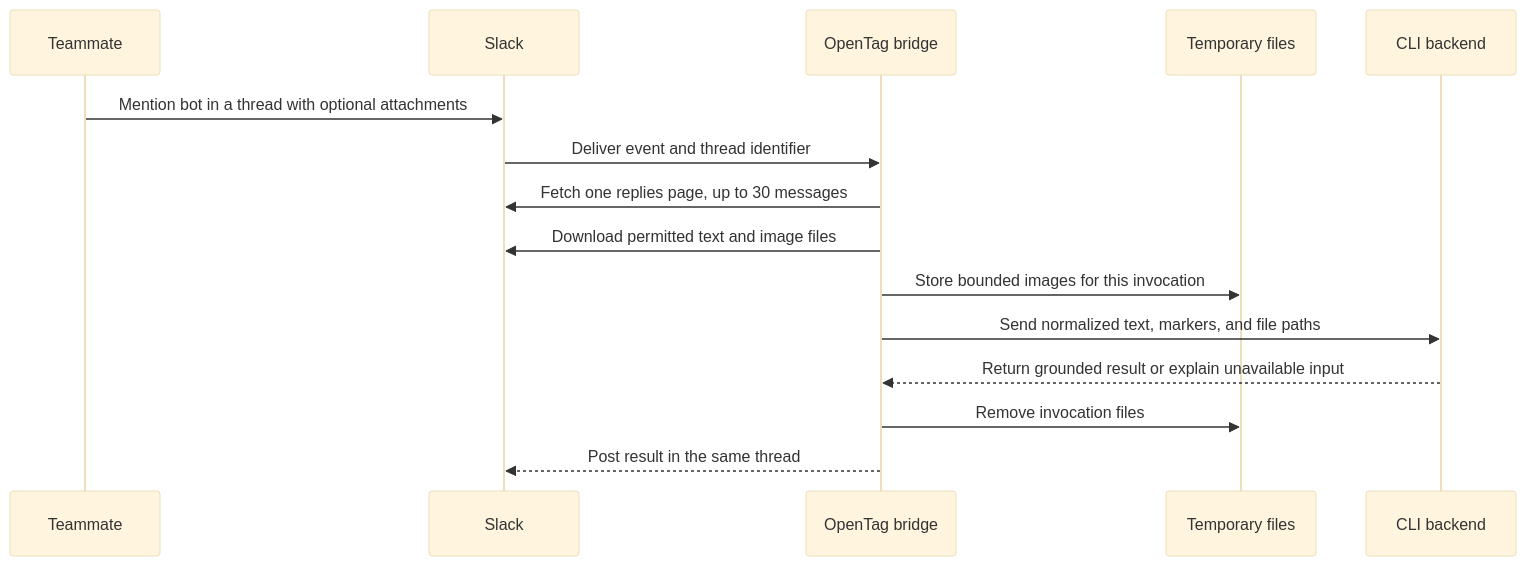
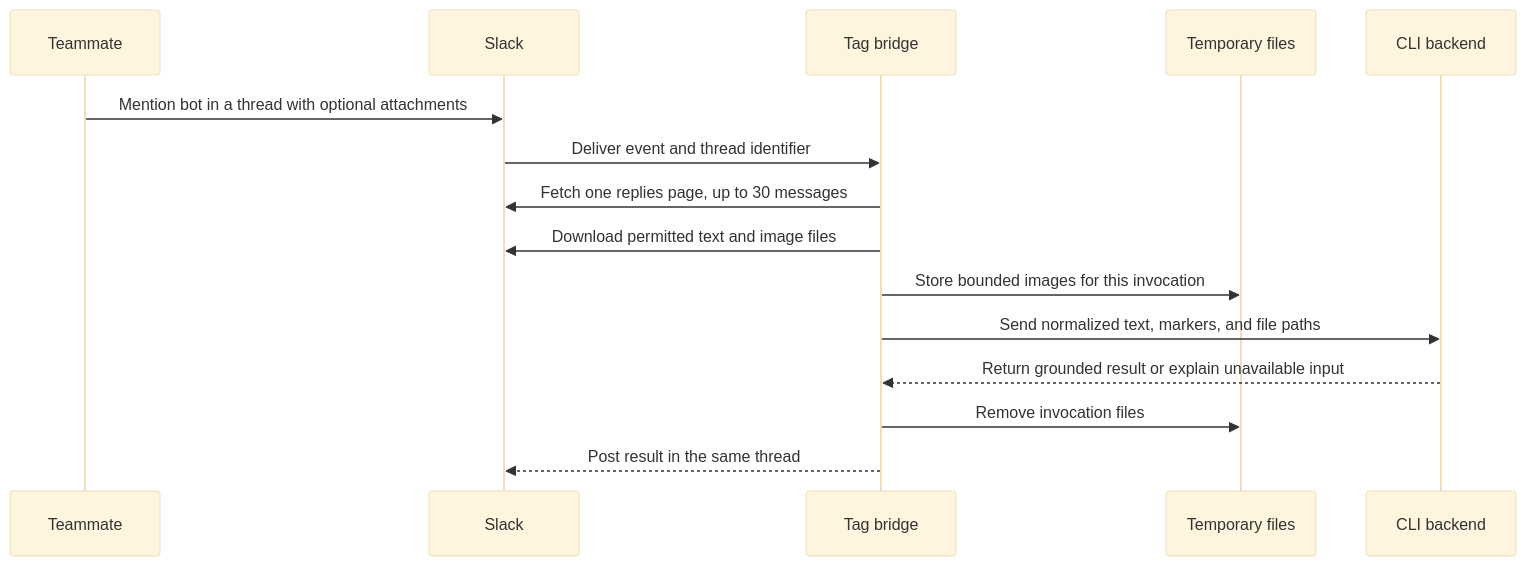
Before and after one commit to klovr-co/hover-tag: the eighth of 19 diagrams in docs/user-flows.md, drawn with Mermaid (base theme). The commit also changed other lines of this file and 23 other files, not shown here.

````diff
--- a/docs/user-flows.md
+++ b/docs/user-flows.md
@@ -294,18 +294,18 @@
 ```mermaid
 sequenceDiagram
     participant U as Teammate
     participant S as Slack
-    participant T as OpenTag bridge
+    participant T as Tag bridge
     participant F as Temporary files
     participant B as CLI backend
 
     U->>S: Mention bot in a thread with optional attachments
     S->>T: Deliver event and thread identifier
     T->>S: Fetch one replies page, up to 30 messages
     T->>S: Download permitted text and image files
     T->>F: Store bounded images for this invocation
     T->>B: Send normalized text, markers, and file paths
     B-->>T: Return grounded result or explain unavailable input
     T->>F: Remove invocation files
     T-->>S: Post result in the same thread
 ```
````
